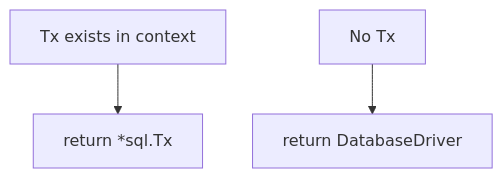
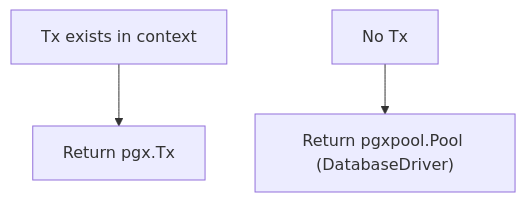
The fourth of 4 diagrams in internal/infrastructure/rdb/driver/README.md (Tomy-ch/go-boilerplate), drawn with Mermaid before and after one commit. The commit also changed other lines of this file and 2 other files, not shown here.

````diff
--- a/internal/infrastructure/rdb/driver/README.md
+++ b/internal/infrastructure/rdb/driver/README.md
@@ -116,5 +111,5 @@
 ```mermaid
 flowchart TB
-    HasTx["Tx exists in context"] --> ReturnTx["return *sql.Tx"]
-    NoTx["No Tx"] --> ReturnDB["return DatabaseDriver"]
+    HasTx["Tx exists in context"] --> ReturnTx["Return pgx.Tx"]
+    NoTx["No Tx"] --> ReturnDB["Return pgxpool.Pool (DatabaseDriver)"]
 ```
````
